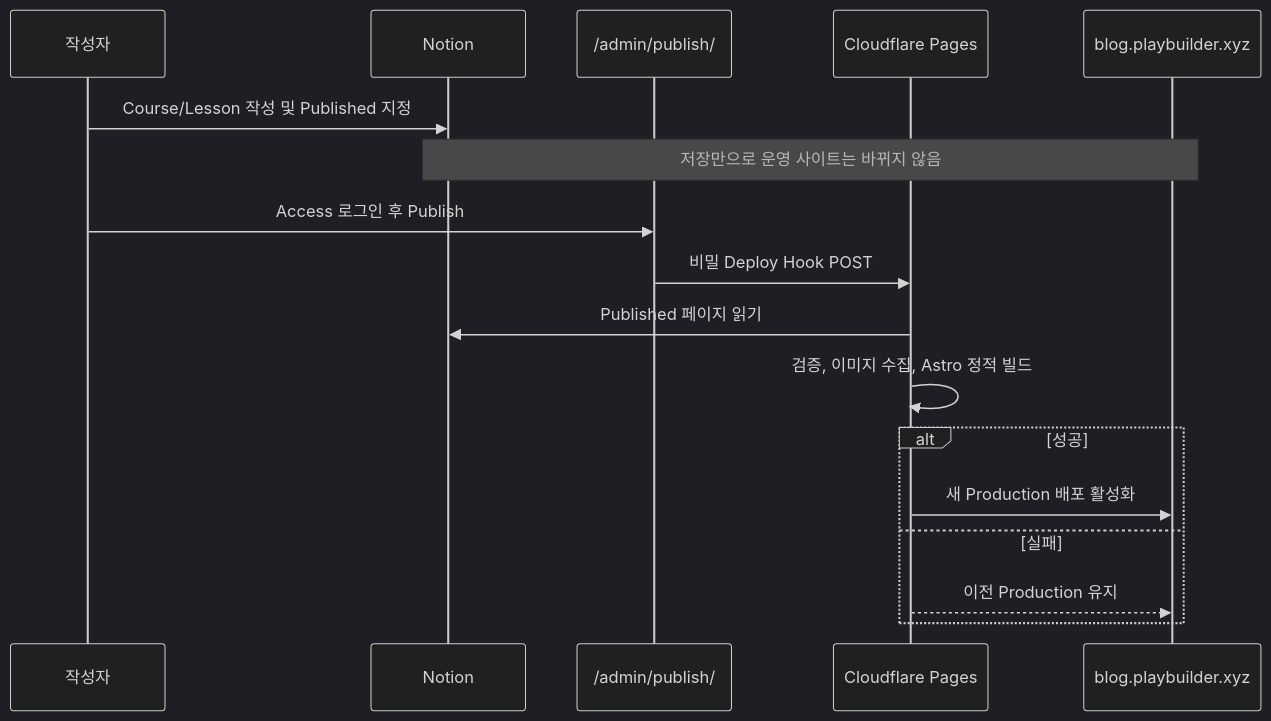
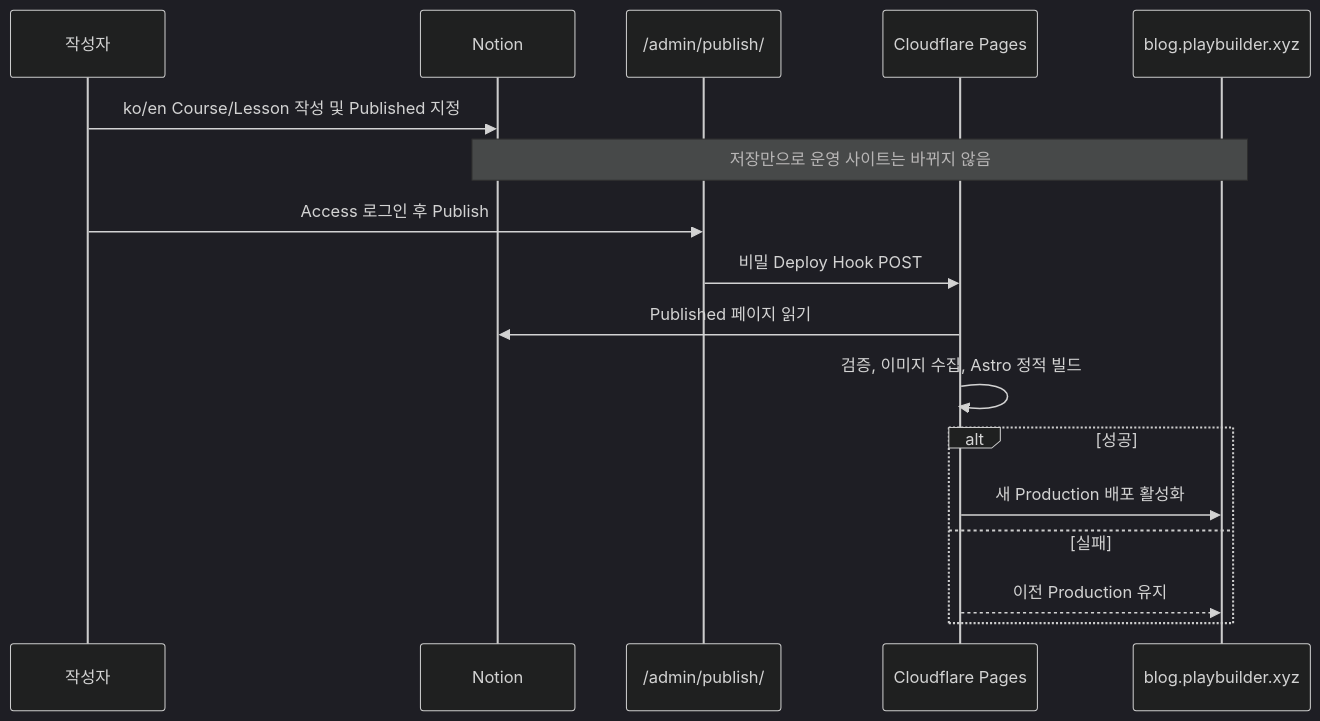
One commit to play-builder/play-builder-blog changed the diagram in docs/notion-cloudflare-course-publishing.md. Above: the diagram before and after it, drawn with Mermaid (dark theme). The commit also changed other lines of this file and 4 other files, not shown here.

````diff
--- a/docs/notion-cloudflare-course-publishing.md
+++ b/docs/notion-cloudflare-course-publishing.md
@@ -20,20 +20,20 @@
 ```mermaid
 sequenceDiagram
     participant Author as 작성자
     participant Notion
     participant Admin as /admin/publish/
     participant Pages as Cloudflare Pages
     participant Site as blog.playbuilder.xyz
 
-    Author->>Notion: Course/Lesson 작성 및 Published 지정
+    Author->>Notion: ko/en Course/Lesson 작성 및 Published 지정
     Note over Notion,Site: 저장만으로 운영 사이트는 바뀌지 않음
     Author->>Admin: Access 로그인 후 Publish
     Admin->>Pages: 비밀 Deploy Hook POST
     Pages->>Notion: Published 페이지 읽기
     Pages->>Pages: 검증, 이미지 수집, Astro 정적 빌드
     alt 성공
         Pages->>Site: 새 Production 배포 활성화
     else 실패
         Pages-->>Site: 이전 Production 유지
     end
 ```
````
